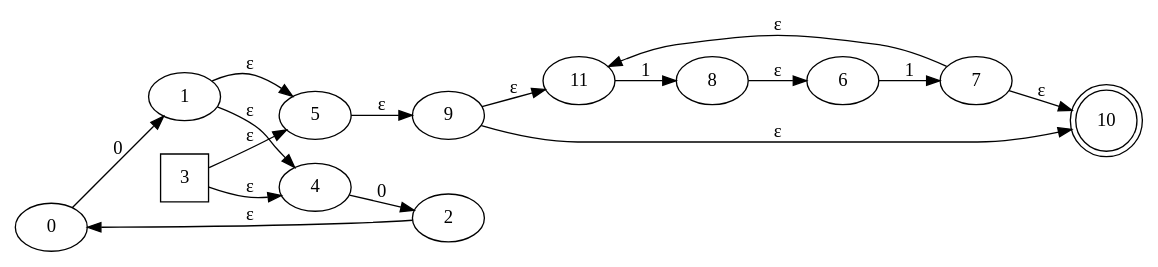
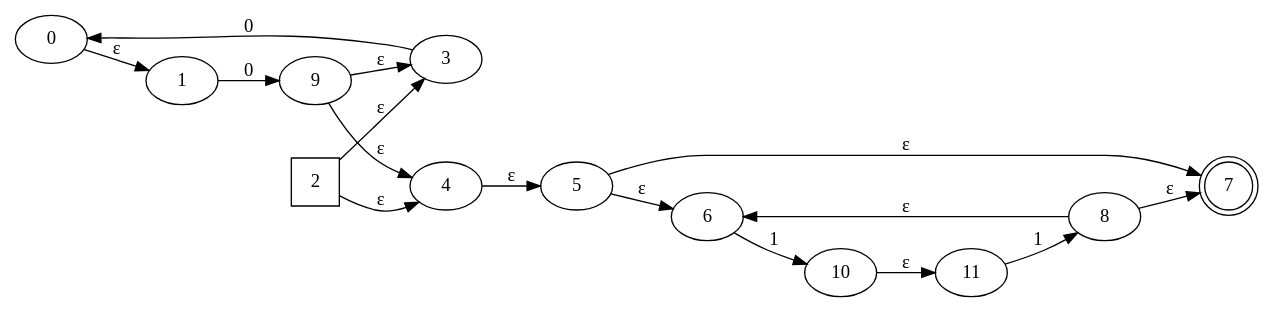
One commit to jav-ram/compis1 changed the diagram in graphs/afn/(0.0)*.(1.1)*.dot. Above: the diagram before and after it, drawn with Graphviz. The commit also changed 34 other files, not shown here.

```diff
--- a/graphs/afn/(0.0)*.(1.1)*.dot
+++ b/graphs/afn/(0.0)*.(1.1)*.dot
@@ -1,31 +1,31 @@
 digraph G {
 	rankdir=LR;
-	0->1[ label=0 ];
-	2->0[ label=ɛ ];
-	3->4[ label=ɛ ];
-	3->5[ label=ɛ ];
-	1->5[ label=ɛ ];
-	1->4[ label=ɛ ];
-	6->7[ label=1 ];
+	0->1[ label=ɛ ];
+	2->3[ label=ɛ ];
+	2->4[ label=ɛ ];
+	5->6[ label=ɛ ];
+	5->7[ label=ɛ ];
+	8->7[ label=ɛ ];
 	8->6[ label=ɛ ];
-	5->9[ label=ɛ ];
-	4->2[ label=0 ];
-	7->10[ label=ɛ ];
-	7->11[ label=ɛ ];
+	9->4[ label=ɛ ];
+	9->3[ label=ɛ ];
+	3->0[ label=0 ];
+	1->9[ label=0 ];
+	10->11[ label=ɛ ];
+	6->10[ label=1 ];
 	11->8[ label=1 ];
-	9->11[ label=ɛ ];
-	9->10[ label=ɛ ];
+	4->5[ label=ɛ ];
 	0;
 	1;
-	10 [ shape=doublecircle ];
+	10;
 	11;
-	2;
-	3 [ shape=square ];
+	2 [ shape=square ];
+	3;
 	4;
 	5;
 	6;
-	7;
+	7 [ shape=doublecircle ];
 	8;
 	9;
 
 }
```
